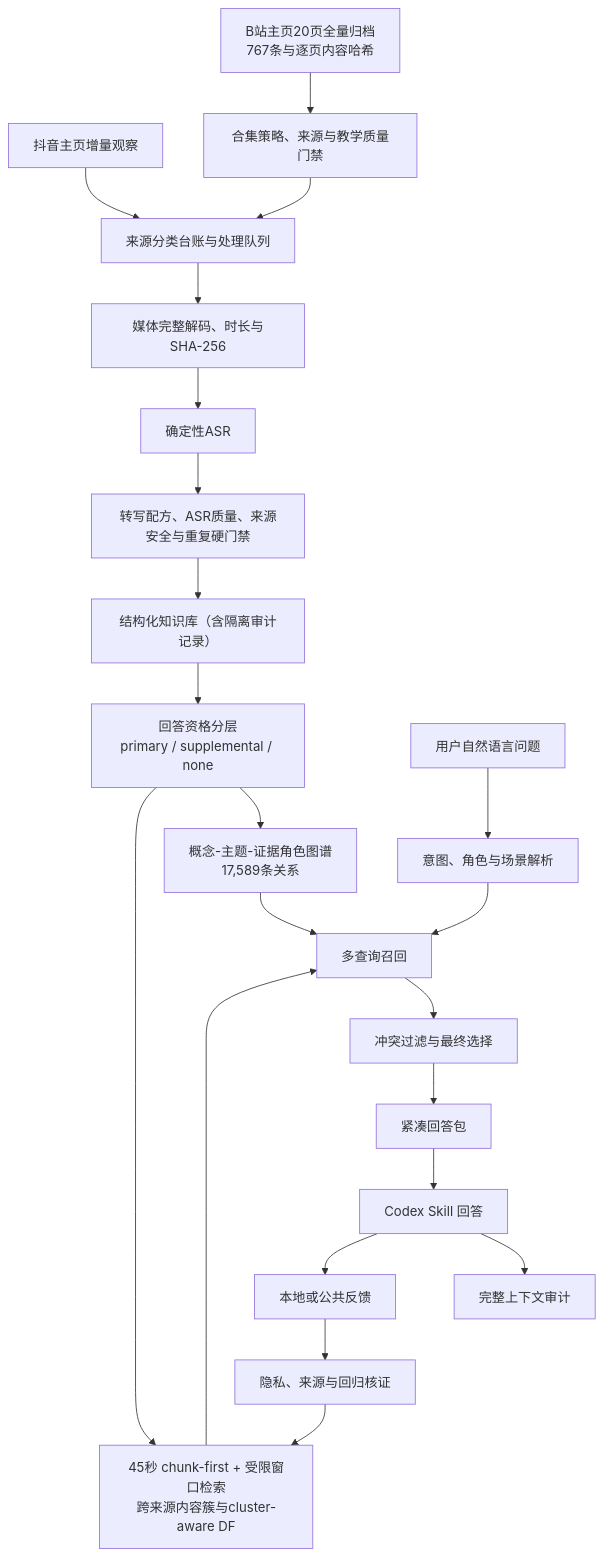
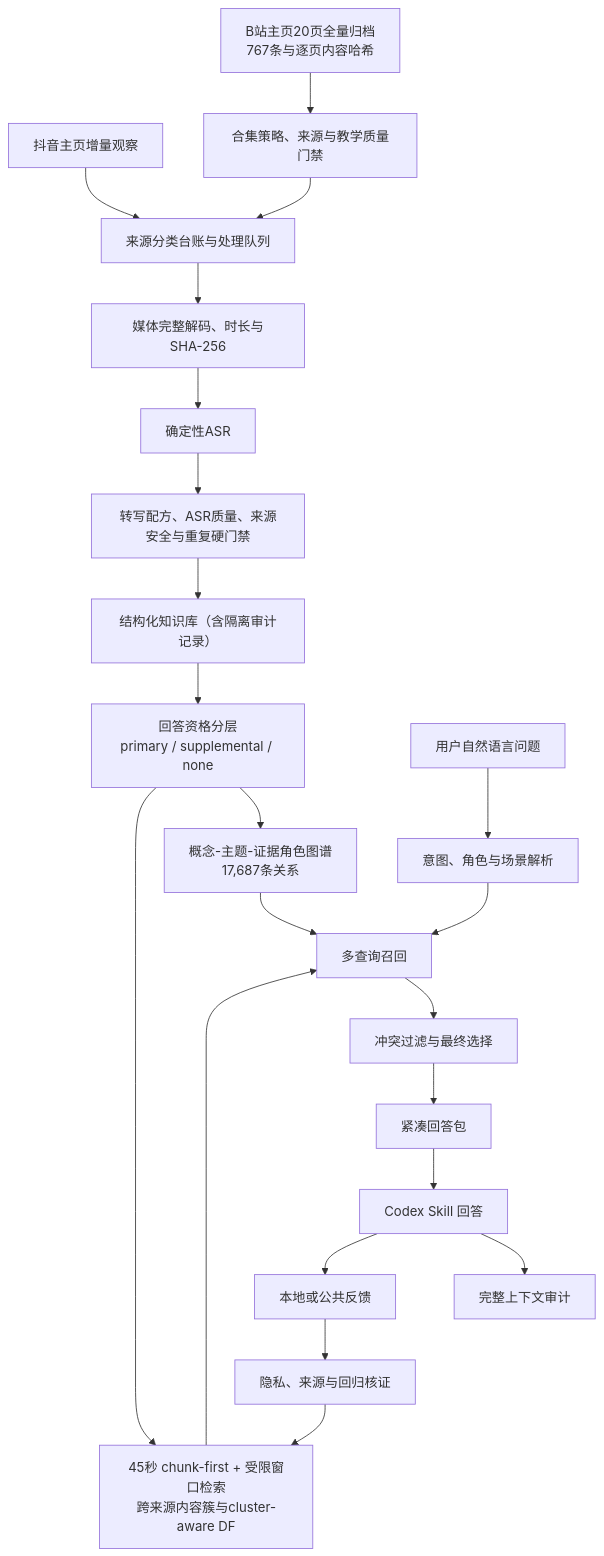
Before and after one commit to MuyuanGuo/badminton-skills-coach: the diagram in README.md, drawn with Mermaid. The commit also changed other lines of this file and 49 other files, not shown here.

````diff
--- a/README.md
+++ b/README.md
@@ -85,24 +85,24 @@
 ```mermaid
 flowchart TD
     A1["抖音主页增量观察"] --> B["来源分类台账与处理队列"]
     A2["B站主页20页全量归档<br/>767条与逐页内容哈希"] --> O["合集策略、来源与教学质量门禁"]
     O --> B
     B --> C["媒体完整解码、时长与SHA-256"]
     C --> D["确定性ASR"]
     D --> P["转写配方、ASR质量、来源安全与重复硬门禁"]
     P --> E["结构化知识库（含隔离审计记录）"]
     E --> A["回答资格分层<br/>primary / supplemental / none"]
-    A --> KG["概念-主题-证据角色图谱<br/>17,589条关系"]
+    A --> KG["概念-主题-证据角色图谱<br/>17,687条关系"]
     A --> F["45秒 chunk-first + 受限窗口检索<br/>跨来源内容簇与cluster-aware DF"]
     Q["用户自然语言问题"] --> G["意图、角色与场景解析"]
     G --> H["多查询召回"]
     F --> H
     KG --> H
     H --> I["冲突过滤与最终选择"]
     I --> J["紧凑回答包"]
     J --> K["Codex Skill 回答"]
     K --> L["完整上下文审计"]
     K --> M["本地或公共反馈"]
     M --> N["隐私、来源与回归核证"]
     N --> F
 ```
````
